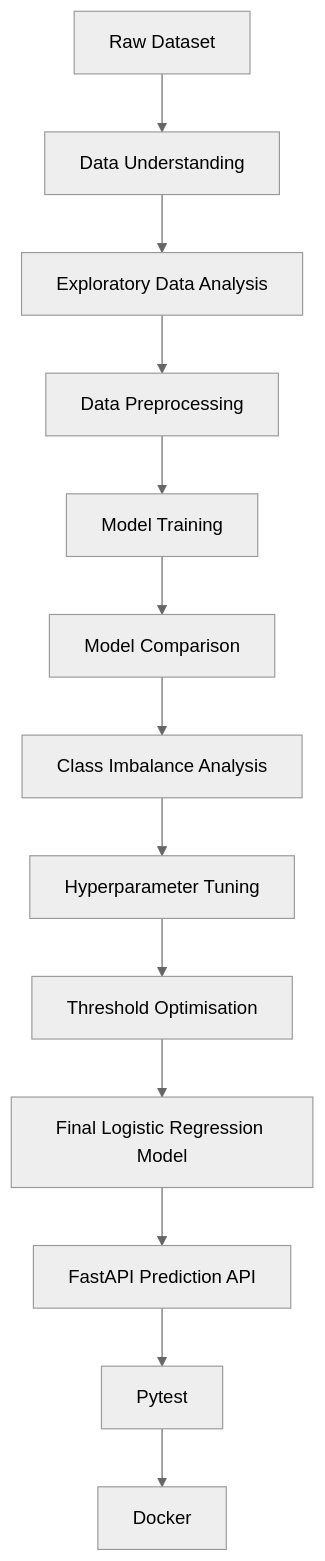
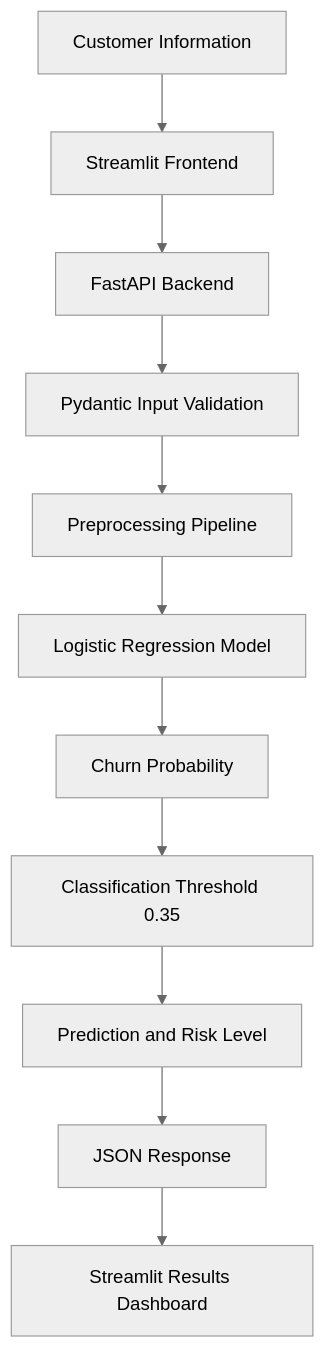
One commit to SayeedullahAlom/customer-churn-intelligence-platform changed the diagram in README.md. Above: the diagram before and after it, drawn with Mermaid (neutral theme). The commit also changed other lines of this file, not shown here.

````diff
--- a/README.md
+++ b/README.md
@@ -320,15 +55,13 @@
 ```mermaid
 flowchart TD
-    A[Raw Dataset] --> B[Data Understanding]
-    B --> C[Exploratory Data Analysis]
-    C --> D[Data Preprocessing]
-    D --> E[Model Training]
-    E --> F[Model Comparison]
-    F --> G[Class Imbalance Analysis]
-    G --> H[Hyperparameter Tuning]
-    H --> I[Threshold Optimisation]
-    I --> J[Final Logistic Regression Model]
-    J --> K[FastAPI Prediction API]
-    K --> L[Pytest]
-    L --> M[Docker]
+    A[Customer Information] --> B[Streamlit Frontend]
+    B --> C[FastAPI Backend]
+    C --> D[Pydantic Input Validation]
+    D --> E[Preprocessing Pipeline]
+    E --> F[Logistic Regression Model]
+    F --> G[Churn Probability]
+    G --> H[Classification Threshold 0.35]
+    H --> I[Prediction and Risk Level]
+    I --> J[JSON Response]
+    J --> K[Streamlit Results Dashboard]
 ```
````
